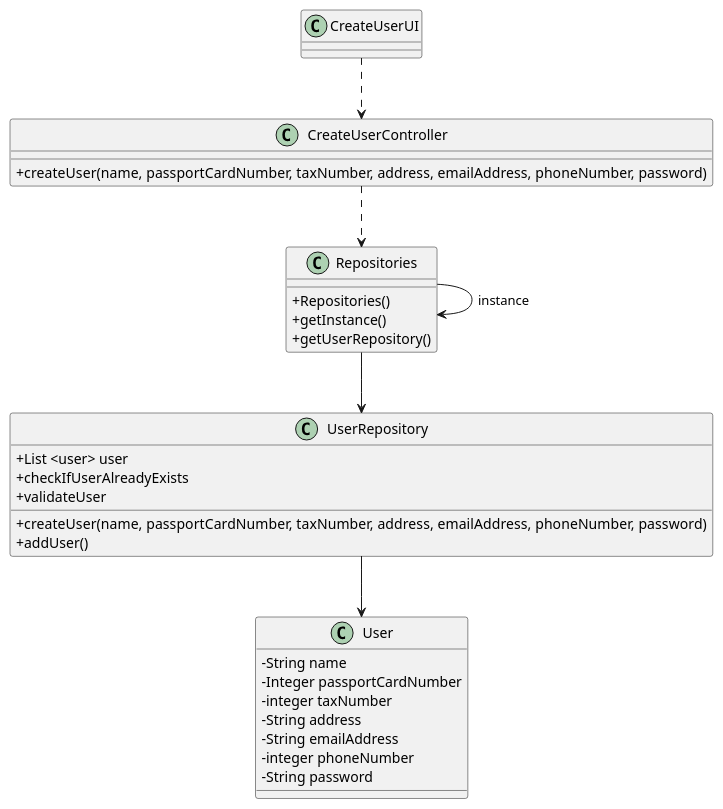
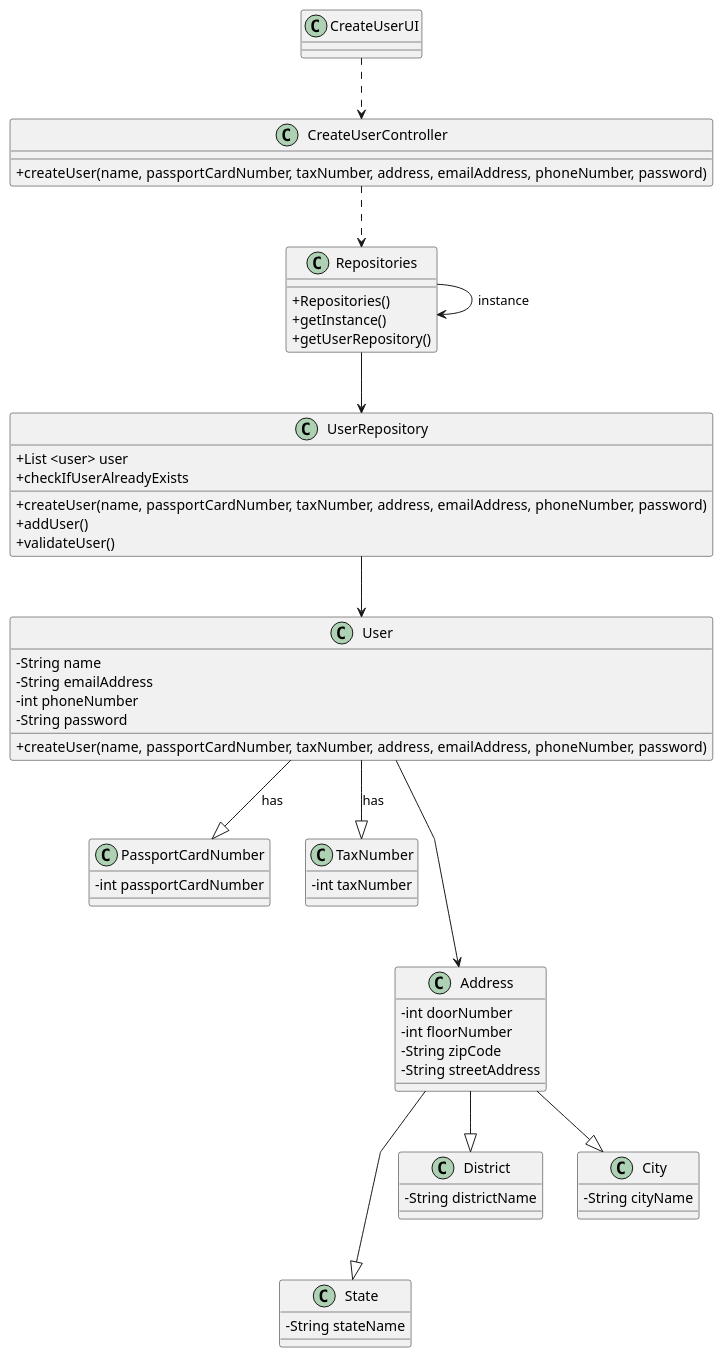
The diagram in docs/sprintB/us007/03.design/puml/us007-class-diagram.puml (1220812/LAPR2), drawn with PlantUML before and after one commit. The commit also changed 19 other files, not shown here.

```diff
--- a/docs/sprintB/us007/03.design/puml/us007-class-diagram.puml
+++ b/docs/sprintB/us007/03.design/puml/us007-class-diagram.puml
@@ -1,51 +1,84 @@
 @startuml
 'skinparam monochrome true
 skinparam packageStyle rectangle
 skinparam shadowing false
 skinparam linetype polyline
 'skinparam linetype orto
 
 skinparam classAttributeIconSize 0
 
 'left to right direction
 
 class CreateUserUI{
 }
 
 class CreateUserController{
 +createUser(name, passportCardNumber, taxNumber, address, emailAddress, phoneNumber, password)
 }
 
 class Repositories{
 +Repositories()
 +getInstance()
 +getUserRepository()
 }
 
 class UserRepository{
 + List <user> user
 + createUser(name, passportCardNumber, taxNumber, address, emailAddress, phoneNumber, password)
 +addUser()
 +checkIfUserAlreadyExists
-+validateUser
++validateUser()
 }
 
 class User{
 - String name
-- Integer passportCardNumber
-- integer taxNumber
-- String address
 - String emailAddress
-- integer phoneNumber
+- int phoneNumber
 - String password
++createUser(name, passportCardNumber, taxNumber, address, emailAddress, phoneNumber, password)
+}
+
+class PassportCardNumber{
+-int passportCardNumber
+}
+
+class TaxNumber{
+-int taxNumber
+}
+
+class Address{
+-int doorNumber
+-int floorNumber
+-String zipCode
+-String streetAddress
+}
+
+class State{
+-String stateName
+}
+
+class District{
+-String districtName
+}
+
+class City{
+-String cityName
 }
 
 CreateUserUI .-> CreateUserController
 
 CreateUserController ..> Repositories
 
 Repositories --> UserRepository
 
 Repositories --> Repositories : instance
 UserRepository --> User
+
+User ---> Address
+
+Address ---|> State
+Address --|> City
+Address --|> District
+User --|> TaxNumber : has
+User --|> PassportCardNumber : has
 @enduml
```
